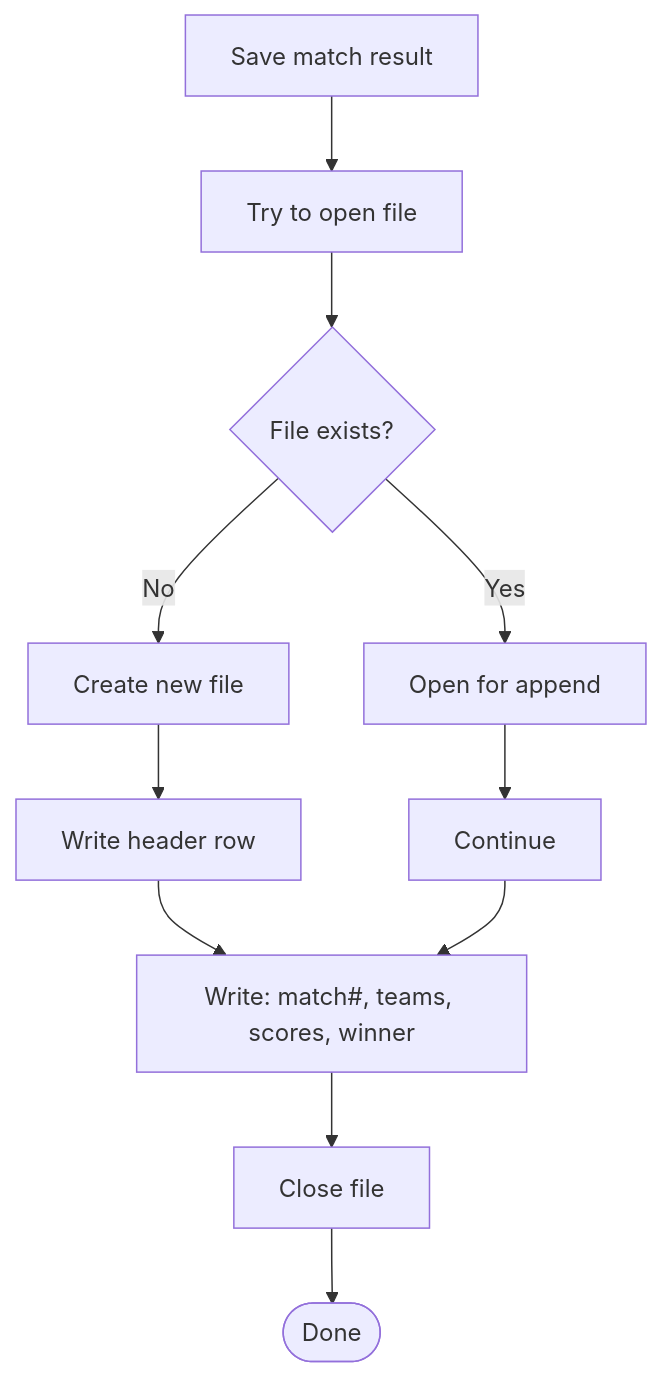
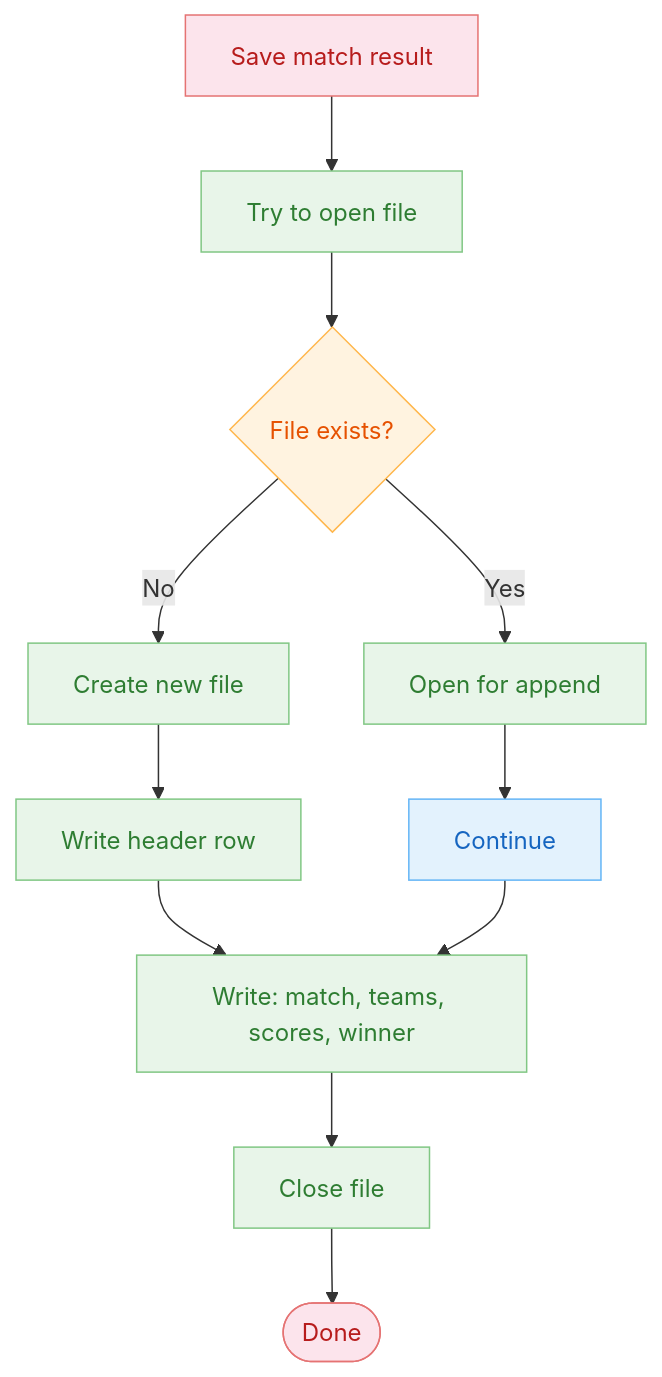
One commit to khanhthanhdev/CompSys changed diagram 16 of 18 in README.md. Above: the diagram before and after it, drawn with Mermaid. The commit also changed other lines of this file and 8 other files, not shown here.

````diff
--- a/README.md
+++ b/README.md
@@ -457,17 +537,22 @@
 ```mermaid
 flowchart TD
-    Start[Save match result] --> OpenFile[Try to open file]
-    OpenFile --> Exists{File exists?}
+    classDef startEnd fill:#fce4ec,stroke:#e57373,color:#b71c1c
+    classDef process fill:#e3f2fd,stroke:#64b5f6,color:#1565c0
+    classDef decision fill:#fff3e0,stroke:#ffb74d,color:#e65100
+    classDef io fill:#e8f5e9,stroke:#81c784,color:#2e7d32
+
+    Start[Save match result]:::startEnd --> OpenFile[Try to open file]:::io
+    OpenFile --> Exists{File exists?}:::decision
     
-    Exists -->|No| Create[Create new file]
-    Create --> WriteHdr[Write header row]
+    Exists -->|No| Create[Create new file]:::io
+    Create --> WriteHdr[Write header row]:::io
     
-    Exists -->|Yes| Append[Open for append]
-    Append --> Skip[Continue]
+    Exists -->|Yes| Append[Open for append]:::io
+    Append --> Skip[Continue]:::process
     
-    WriteHdr --> WriteRow[Write: match#, teams, scores, winner]
+    WriteHdr --> WriteRow[Write: match, teams, scores, winner]:::io
     Skip --> WriteRow
     
-    WriteRow --> Close[Close file]
-    Close --> Done([Done])
+    WriteRow --> Close[Close file]:::io
+    Close --> Done([Done]):::startEnd
 ```
````
